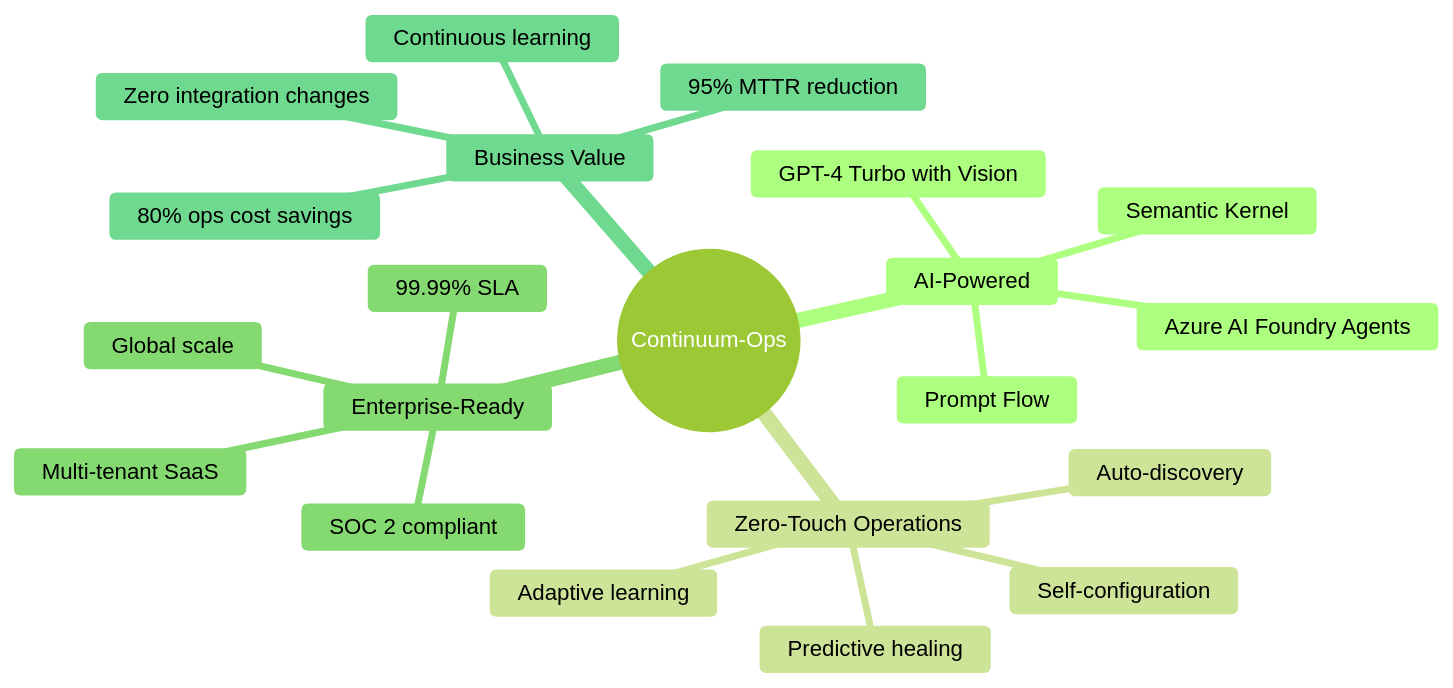
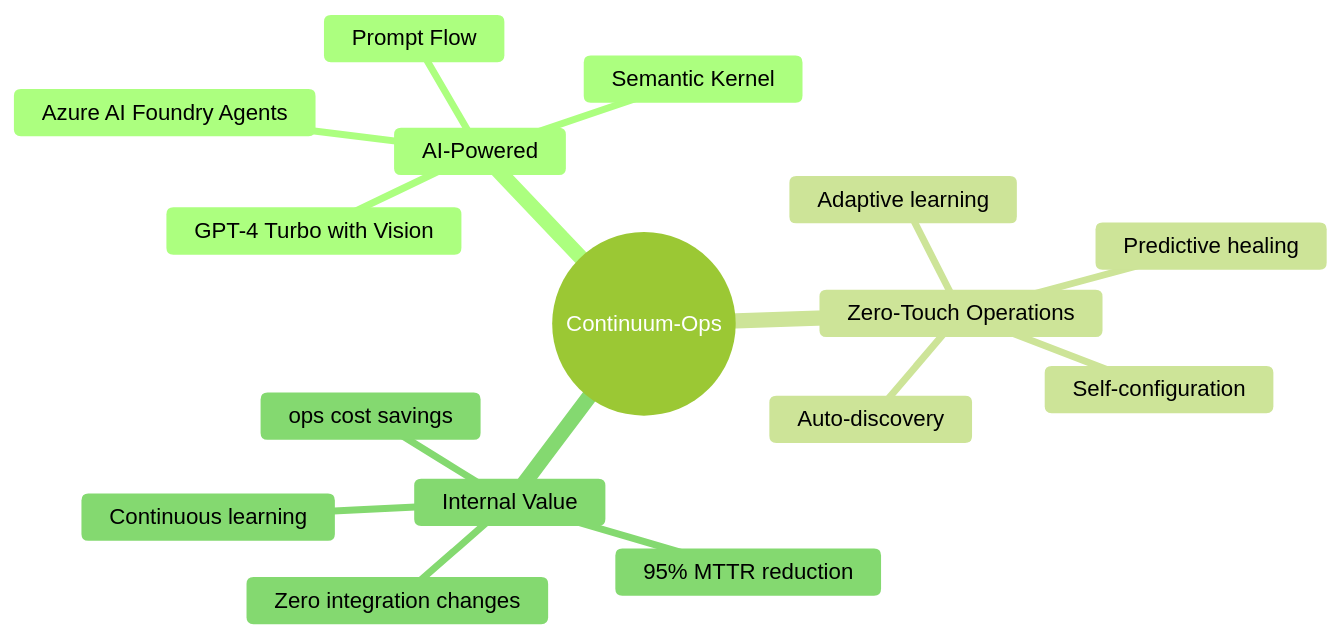
The first of 6 diagrams in docs/00-Product-Overview.md (mayankgupta7673/Continuum-Ops), drawn with Mermaid (forest theme) before and after one commit. The commit also changed other lines of this file and 8 other files, not shown here.

````diff
--- a/docs/00-Product-Overview.md
+++ b/docs/00-Product-Overview.md
@@ -10,24 +10,19 @@
 ```mermaid
 mindmap
   root((Continuum-Ops))
     AI-Powered
       Azure AI Foundry Agents
       GPT-4 Turbo with Vision
       Semantic Kernel
       Prompt Flow
     Zero-Touch Operations
       Auto-discovery
       Self-configuration
       Adaptive learning
       Predictive healing
-    Enterprise-Ready
-      Multi-tenant SaaS
-      SOC 2 compliant
-      99.99% SLA
-      Global scale
-    Business Value
+    Internal Value
       95% MTTR reduction
-      80% ops cost savings
+      ops cost savings
       Zero integration changes
       Continuous learning
 ```
````
